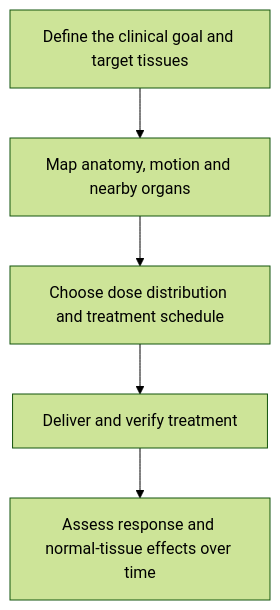
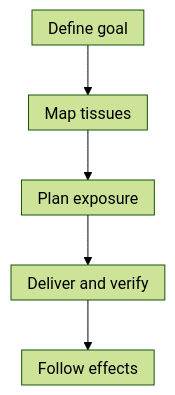
Before and after one commit to jasonLaster/oncoguide: the diagram in wiki/education/concepts/therapeutics/local-therapies/radiation-therapy-basics.md, drawn with Mermaid (forest theme). The commit also changed other lines of this file and 30 other files, not shown here.

````diff
--- a/wiki/education/concepts/therapeutics/local-therapies/radiation-therapy-basics.md
+++ b/wiki/education/concepts/therapeutics/local-therapies/radiation-therapy-basics.md
@@ -38,7 +40,8 @@
 ```mermaid
+%%{init: {"htmlLabels":false,"flowchart":{"htmlLabels":false,"padding":8,"nodeSpacing":25}}}%%
 flowchart TD
-  A["Define the clinical goal and target tissues"] --> B["Map anatomy, motion and nearby organs"]
-  B --> C["Choose dose distribution and treatment schedule"]
-  C --> D["Deliver and verify treatment"]
-  D --> E["Assess response and normal-tissue effects over time"]
+  A["Define goal"] --> B["Map tissues"]
+  B --> C["Plan exposure"]
+  C --> D["Deliver and verify"]
+  D --> E["Follow effects"]
 ```
````
